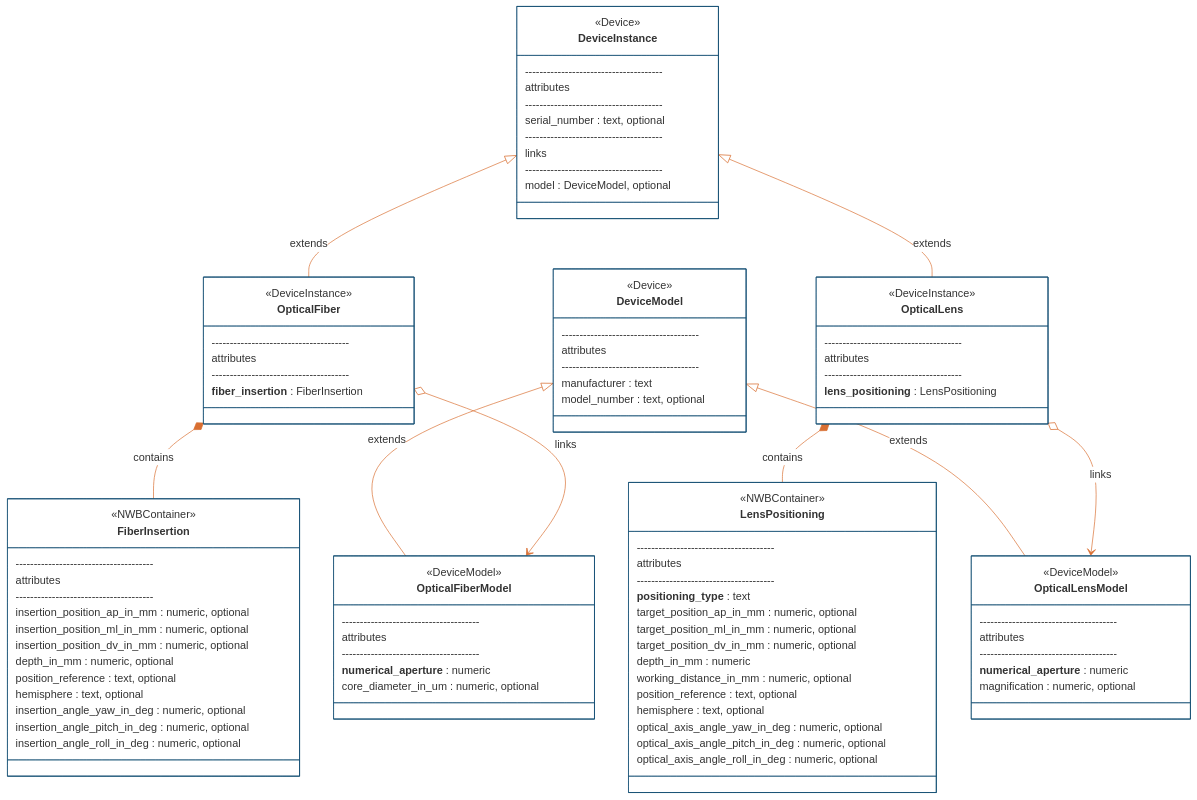
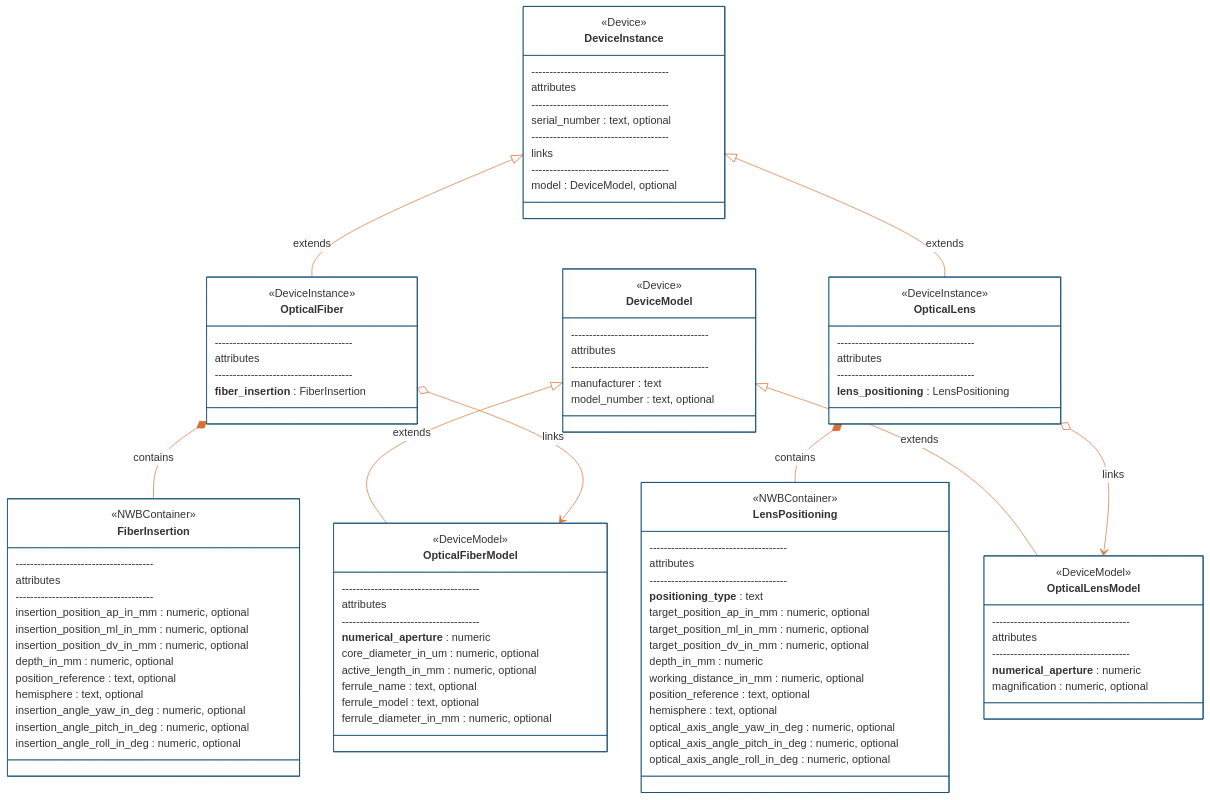
The third of 4 diagrams in README.md (catalystneuro/ndx-ophys-devices), drawn with Mermaid before and after one commit. The commit also changed other lines of this file and 5 other files, not shown here.

```diff
--- a/README.md
+++ b/README.md
@@ -452,6 +456,10 @@
         --------------------------------------
         **numerical_aperture** : numeric
         core_diameter_in_um : numeric, optional
+        active_length_in_mm : numeric, optional
+        ferrule_name : text, optional
+        ferrule_model : text, optional
+        ferrule_diameter_in_mm : numeric, optional 
     }
     
     class OpticalFiber{
```
